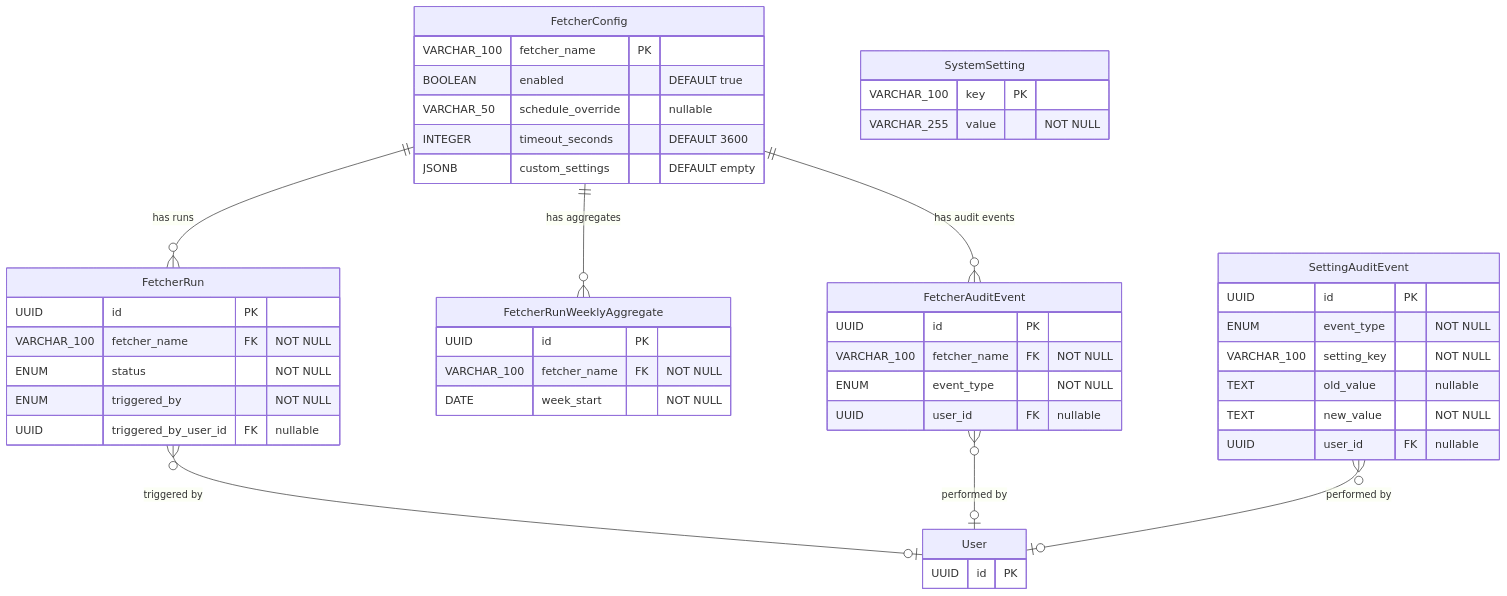
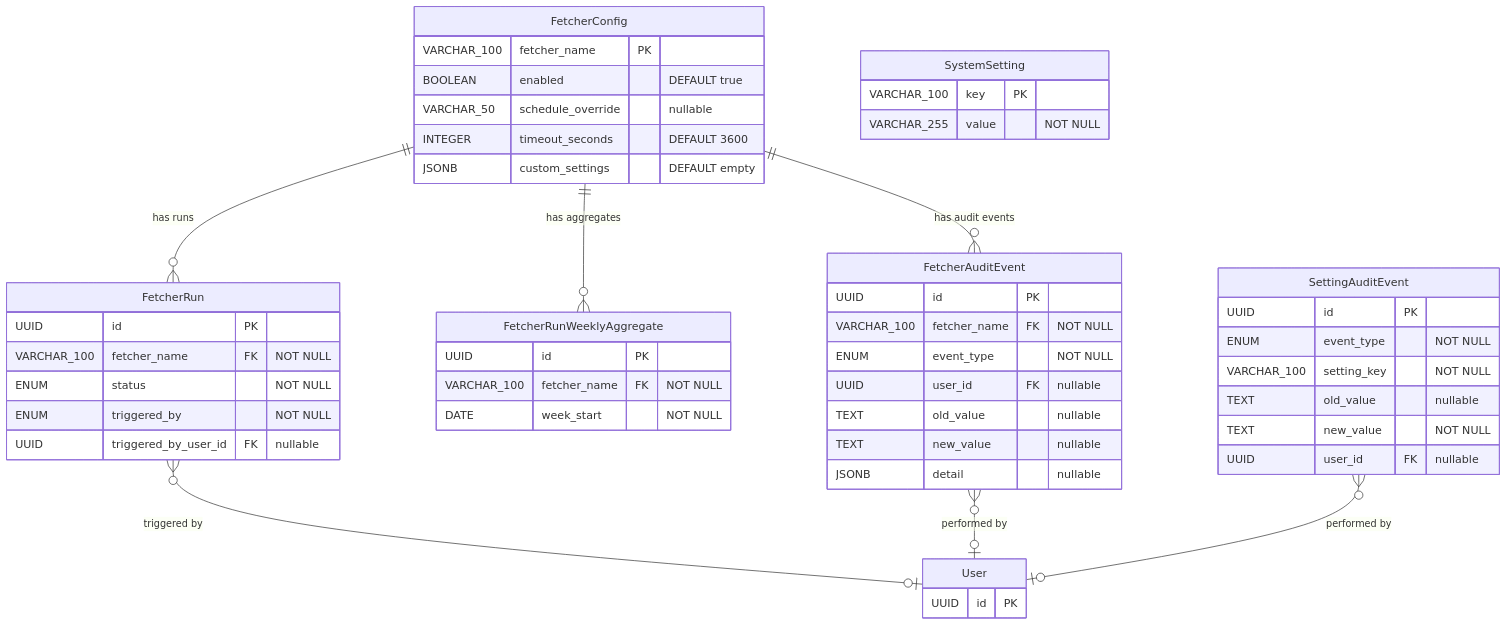
Before and after one commit to StayPirate/STAMP: the fifth of 6 diagrams in docs/data-model.md, drawn with Mermaid. The commit also changed other lines of this file and 3 other files, not shown here.

Commit message:
docs: add old_value/new_value columns to FetcherAuditEvent and enforce one-event-per-field rule

````diff
--- a/docs/data-model.md
+++ b/docs/data-model.md
@@ -251,50 +251,53 @@
 ```mermaid
 erDiagram
     FetcherConfig {
         VARCHAR_100 fetcher_name PK
         BOOLEAN enabled "DEFAULT true"
         VARCHAR_50 schedule_override "nullable"
         INTEGER timeout_seconds "DEFAULT 3600"
         JSONB custom_settings "DEFAULT empty"
     }
     FetcherRun {
         UUID id PK
         VARCHAR_100 fetcher_name FK "NOT NULL"
         ENUM status "NOT NULL"
         ENUM triggered_by "NOT NULL"
         UUID triggered_by_user_id FK "nullable"
     }
     FetcherRunWeeklyAggregate {
         UUID id PK
         VARCHAR_100 fetcher_name FK "NOT NULL"
         DATE week_start "NOT NULL"
     }
     FetcherAuditEvent {
         UUID id PK
         VARCHAR_100 fetcher_name FK "NOT NULL"
         ENUM event_type "NOT NULL"
         UUID user_id FK "nullable"
+        TEXT old_value "nullable"
+        TEXT new_value "nullable"
+        JSONB detail "nullable"
     }
     SystemSetting {
         VARCHAR_100 key PK
         VARCHAR_255 value "NOT NULL"
     }
     SettingAuditEvent {
         UUID id PK
         ENUM event_type "NOT NULL"
         VARCHAR_100 setting_key "NOT NULL"
         TEXT old_value "nullable"
         TEXT new_value "NOT NULL"
         UUID user_id FK "nullable"
     }
     User {
         UUID id PK
     }
 
     FetcherConfig ||--o{ FetcherRun : "has runs"
     FetcherConfig ||--o{ FetcherAuditEvent : "has audit events"
     FetcherConfig ||--o{ FetcherRunWeeklyAggregate : "has aggregates"
     FetcherRun }o--o| User : "triggered by"
     FetcherAuditEvent }o--o| User : "performed by"
     SettingAuditEvent }o--o| User : "performed by"
 ```
````
